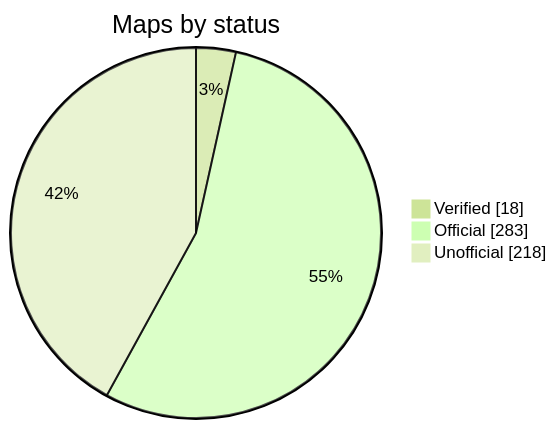
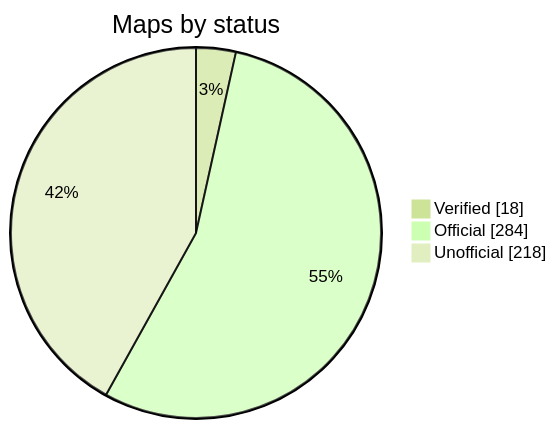
Before and after one commit to nobrega8/mbmap-library: the diagram in README.md, drawn with Mermaid (forest theme). The commit also changed other lines of this file and 5 other files, not shown here.

````diff
--- a/README.md
+++ b/README.md
@@ -52,7 +52,7 @@
 ```mermaid
 pie showData
     title Maps by status
     "Verified" : 18
-    "Official" : 283
+    "Official" : 284
     "Unofficial" : 218
 ```
````
